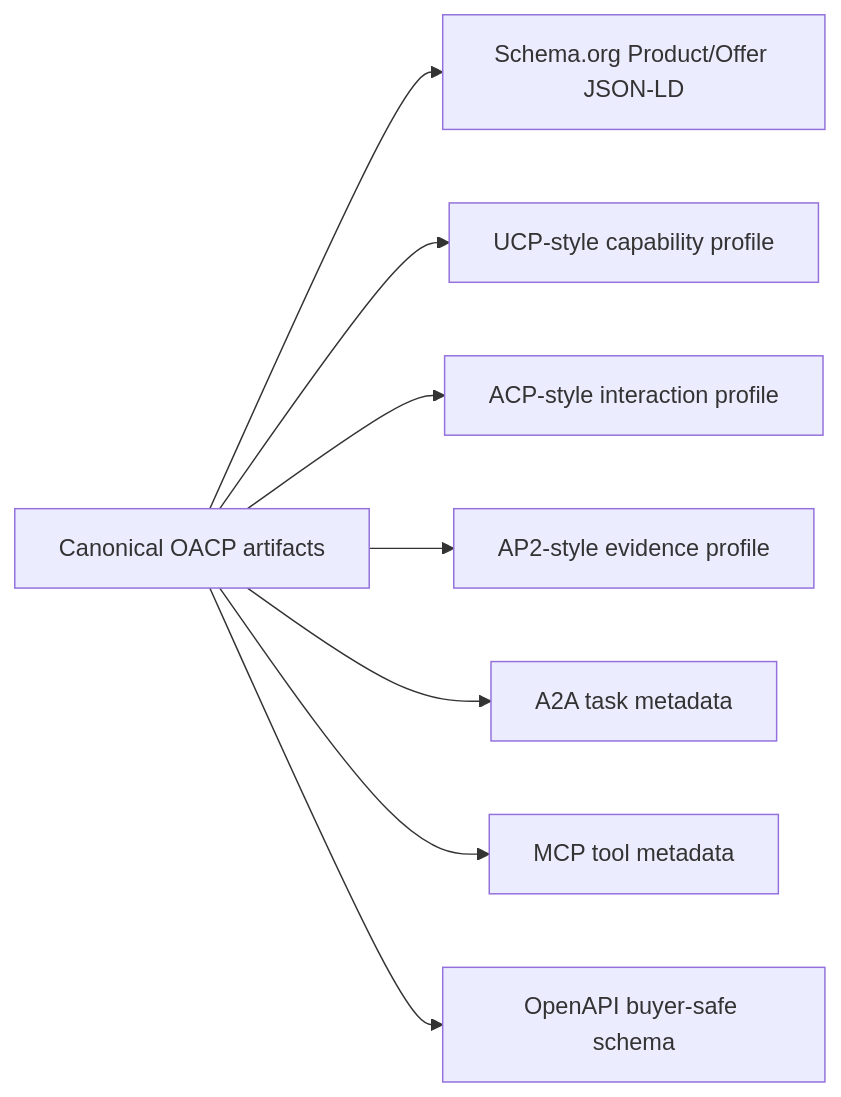
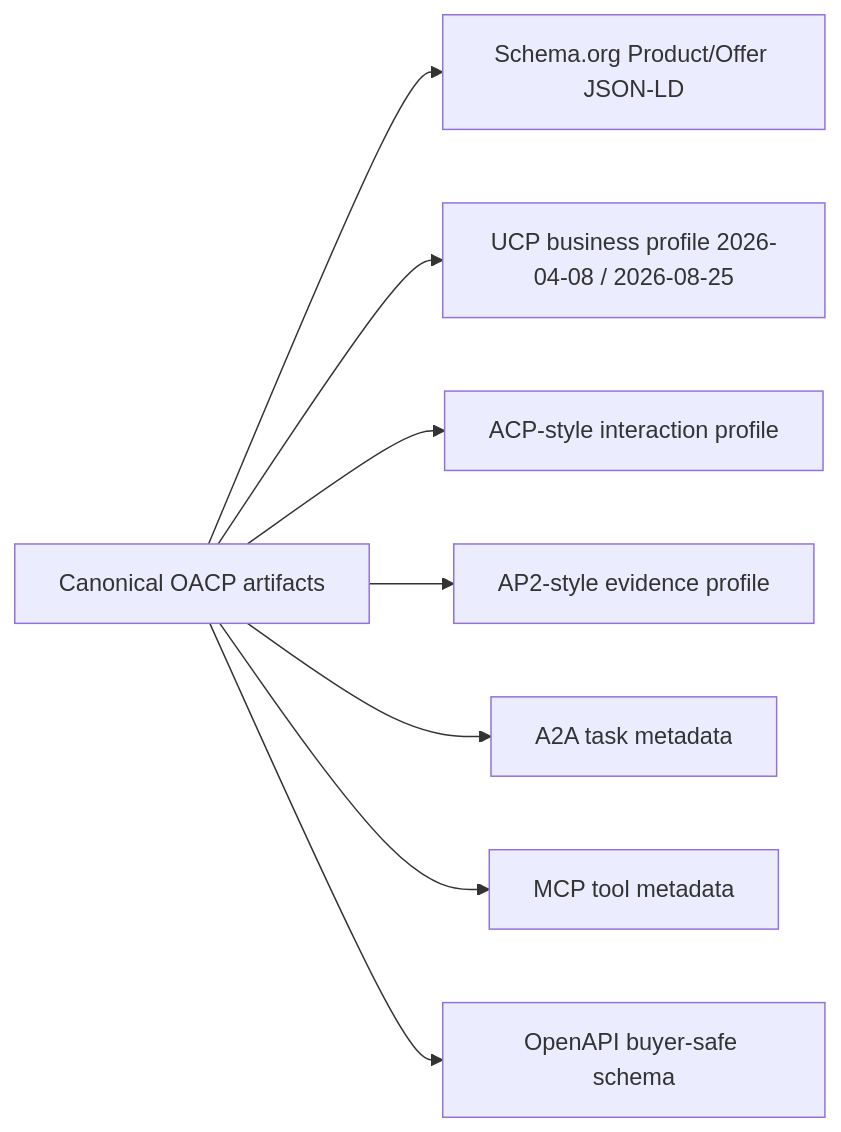
Before and after one commit to mishrasanjeev/grantex: the diagram in docs/guides/oacp/protocol-adapter.mdx, drawn with Mermaid. The commit also changed other lines of this file and 69 other files, not shown here.

Commit message:
feat(oacp): UCP business profile from issued artifacts; remove UCP-style and ACP-style previews (G18)

````diff
--- a/docs/guides/oacp/protocol-adapter.mdx
+++ b/docs/guides/oacp/protocol-adapter.mdx
@@ -11,10 +11,10 @@
 ```mermaid
 flowchart LR
   artifact[Canonical OACP artifacts] --> schema[Schema.org Product/Offer JSON-LD]
-  artifact --> ucp[UCP-style capability profile]
+  artifact --> ucp[UCP business profile 2026-04-08 / 2026-08-25]
   artifact --> acp[ACP-style interaction profile]
   artifact --> ap2[AP2-style evidence profile]
   artifact --> a2a[A2A task metadata]
   artifact --> mcp[MCP tool metadata]
   artifact --> openapi[OpenAPI buyer-safe schema]
 ```
````
